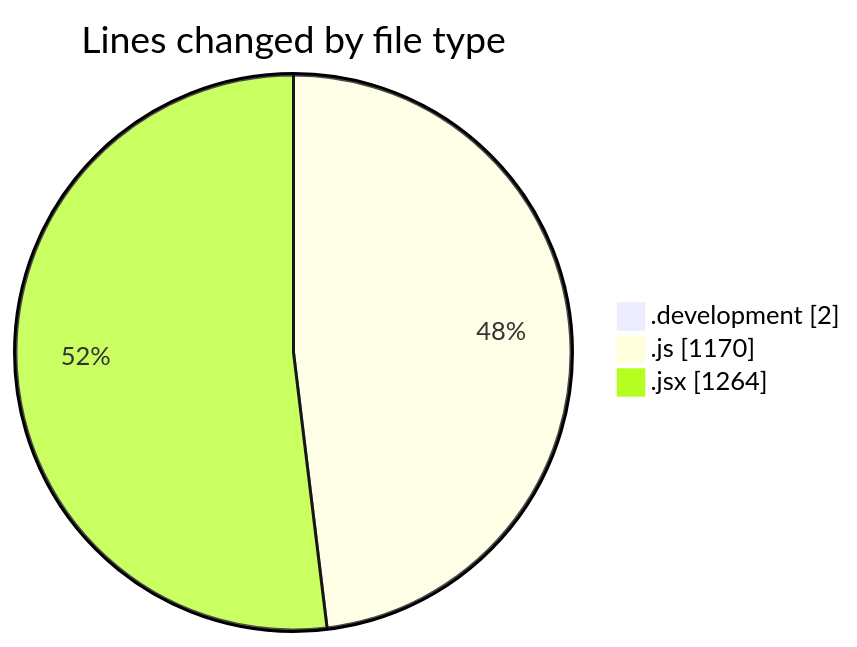
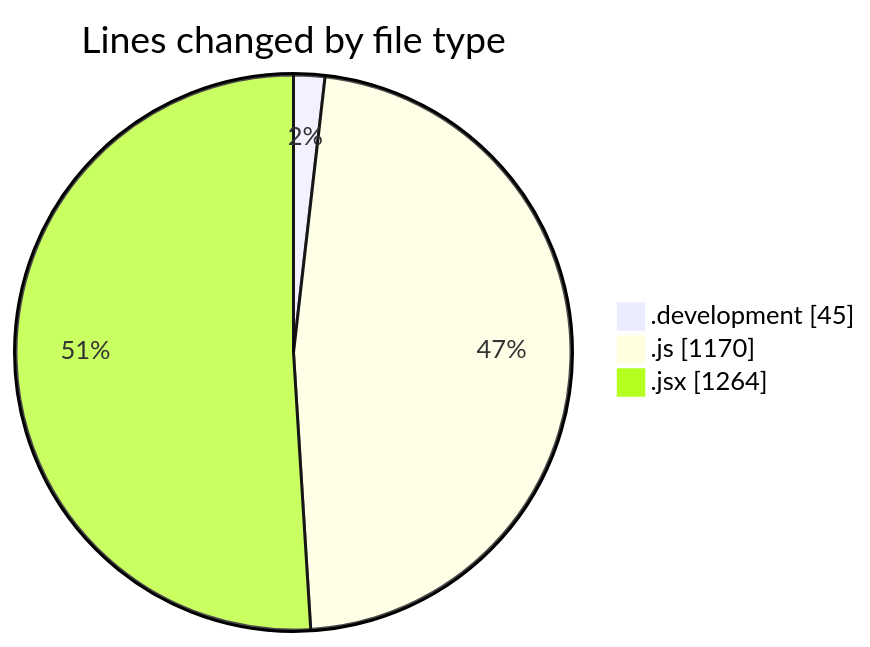
One commit to nxtqubesakshisongat/code-tracking changed the first of 2 diagrams in 2025-11-10/nxtqube_webapp/README.md. Above: the diagram before and after it, drawn with Mermaid. The commit also changed other lines of this file and 1 other file, not shown here.

````diff
--- a/2025-11-10/nxtqube_webapp/README.md
+++ b/2025-11-10/nxtqube_webapp/README.md
@@ -30,7 +31,7 @@
 ```mermaid
 pie showData
 title Lines changed by file type
-".development" : 2
+".development" : 45
 ".js" : 1170
 ".jsx" : 1264
 ```
````
